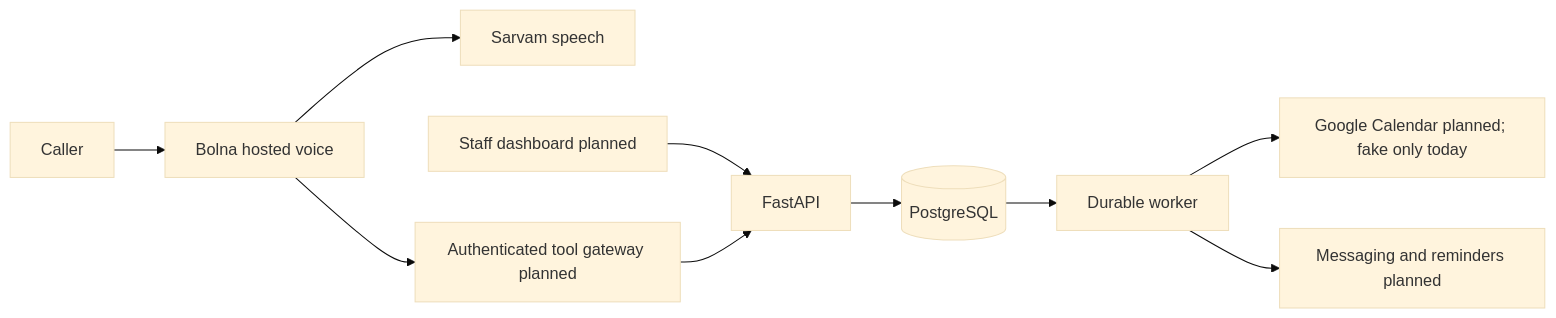
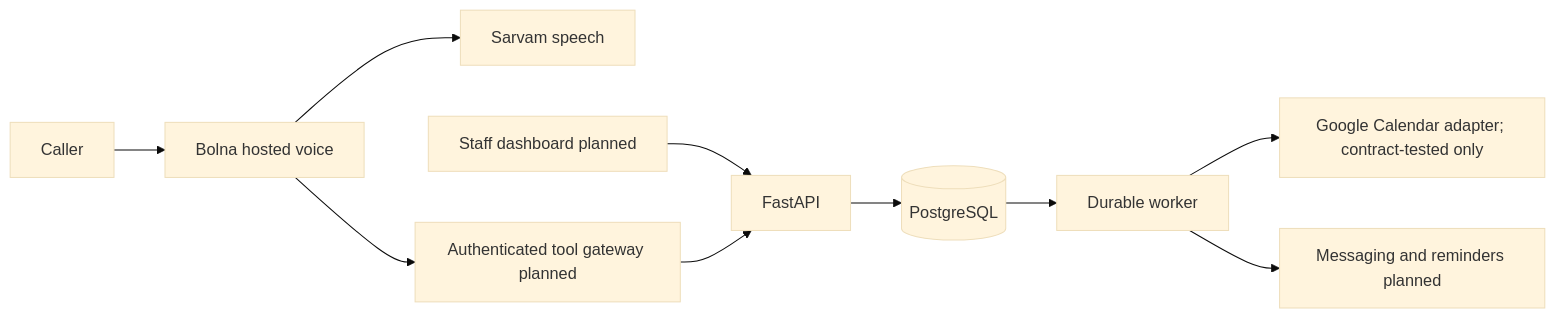
Before and after one commit to arsalannkhann/clinic-frontdesk: the diagram in docs/ARCHITECTURE.md, drawn with Mermaid (base theme). The commit also changed other lines of this file and 26 other files, not shown here.

First line of the commit message:
Add Google OAuth with PKCE, encrypted token keyring and Google Calendar adapter

````diff
--- a/docs/ARCHITECTURE.md
+++ b/docs/ARCHITECTURE.md
@@ -5,12 +5,12 @@
 ```mermaid
 flowchart LR
   Caller --> Bolna[Bolna hosted voice]
   Bolna --> Speech[Sarvam speech]
   Bolna --> Gateway[Authenticated tool gateway planned]
   Staff[Staff dashboard planned] --> API[FastAPI]
   Gateway --> API
   API --> DB[(PostgreSQL)]
   DB --> Worker[Durable worker]
-  Worker --> Calendar[Google Calendar planned; fake only today]
+  Worker --> Calendar[Google Calendar adapter; contract-tested only]
   Worker --> Delivery[Messaging and reminders planned]
 ```
````
